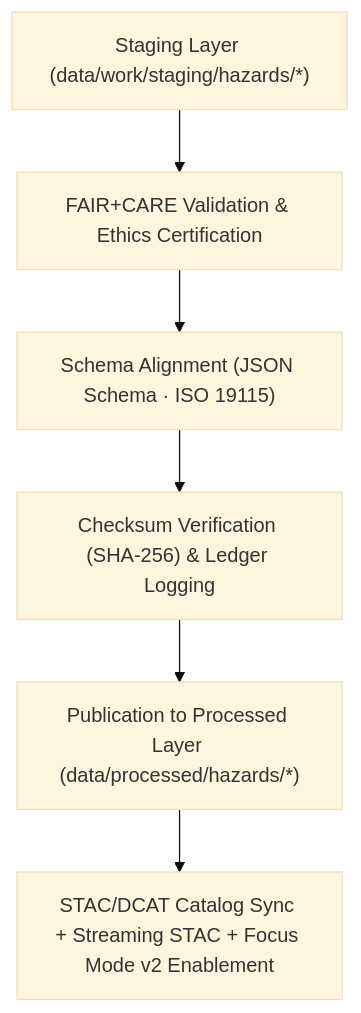
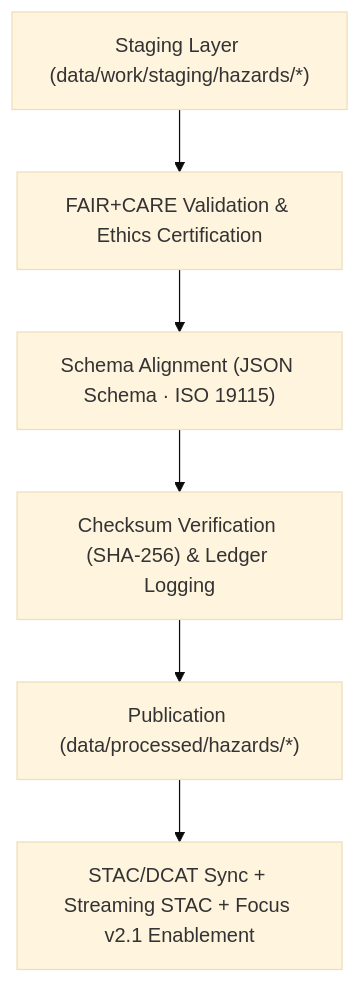
One commit to bartytime4life/Kansas-Frontier-Matrix changed the diagram in data/processed/spatial/README.md. Above: the diagram before and after it, drawn with Mermaid (base theme). The commit also changed other lines of this file, not shown here.

````diff
--- a/data/processed/spatial/README.md
+++ b/data/processed/spatial/README.md
@@ -92,8 +92,8 @@
 ```mermaid
 flowchart TD
-    A["Staging Layer (data/work/staging/hazards/*)"] --> B["FAIR+CARE Validation & Ethics Certification"]
-    B --> C["Schema Alignment (JSON Schema · ISO 19115)"]
-    C --> D["Checksum Verification (SHA-256) & Ledger Logging"]
-    D --> E["Publication to Processed Layer (data/processed/hazards/*)"]
-    E --> F["STAC/DCAT Catalog Sync + Streaming STAC + Focus Mode v2 Enablement"]
+    STAGE["Staging Layer (data/work/staging/hazards/*)"] --> FAIR["FAIR+CARE Validation & Ethics Certification"]
+    FAIR --> SCHEMA["Schema Alignment (JSON Schema · ISO 19115)"]
+    SCHEMA --> CHECK["Checksum Verification (SHA-256) & Ledger Logging"]
+    CHECK --> PUB["Publication (data/processed/hazards/*)"]
+    PUB --> CATALOG["STAC/DCAT Sync + Streaming STAC + Focus v2.1 Enablement"]
 ```
````
